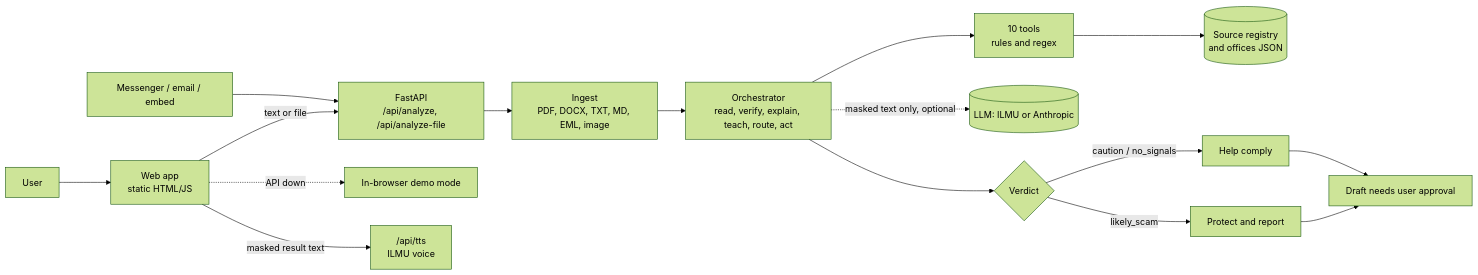
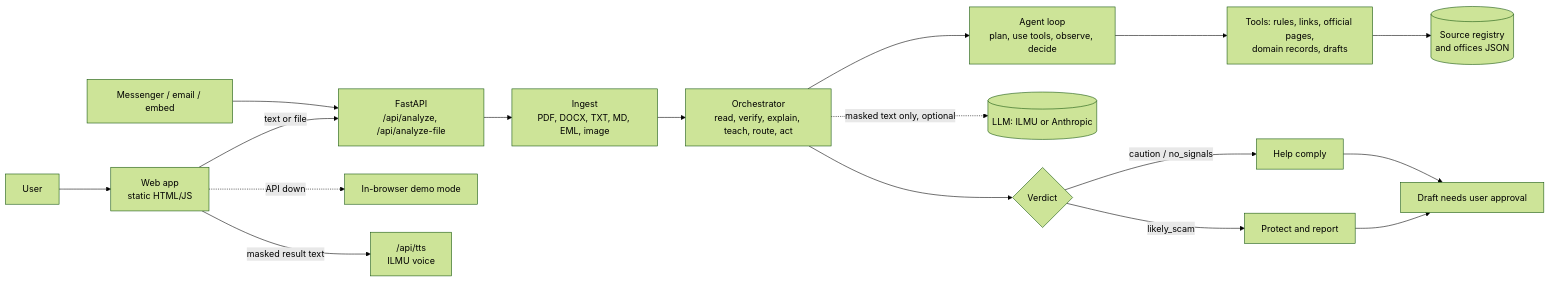
One commit to lkaixian/faham changed the diagram in README.md. Above: the diagram before and after it, drawn with Mermaid (forest theme). The commit also changed other lines of this file and 20 other files, not shown here.

First line of the commit message:
Agent loop: goal, plan, tools that reach outside FAHAM, live steps; DEMO watermark; competition notes

````diff
--- a/README.md
+++ b/README.md
@@ -31,18 +31,19 @@
 ```mermaid
 flowchart LR
   U[User] --> FE["Web app<br/>static HTML/JS"]
   CH["Messenger / email / embed"] --> API
   FE -- "text or file" --> API["FastAPI<br/>/api/analyze, /api/analyze-file"]
   FE -. "API down" .-> DEMO["In-browser demo mode"]
   API --> ING["Ingest<br/>PDF, DOCX, TXT, MD, EML, image"]
   ING --> O["Orchestrator<br/>read, verify, explain, teach, route, act"]
-  O --> T["10 tools<br/>rules and regex"]
+  O --> AG["Agent loop<br/>plan, use tools, observe, decide"]
+  AG --> T["Tools: rules, links, official pages,<br/>domain records, drafts"]
   T --> K[("Source registry<br/>and offices JSON")]
   O -. "masked text only, optional" .-> L[("LLM: ILMU or Anthropic")]
   FE -- "masked result text" --> TTS["/api/tts<br/>ILMU voice"]
   O --> G{"Verdict"}
   G -- "likely_scam" --> P["Protect and report"]
   G -- "caution / no_signals" --> H["Help comply"]
   H --> A["Draft needs user approval"]
   P --> A
 ```
````
